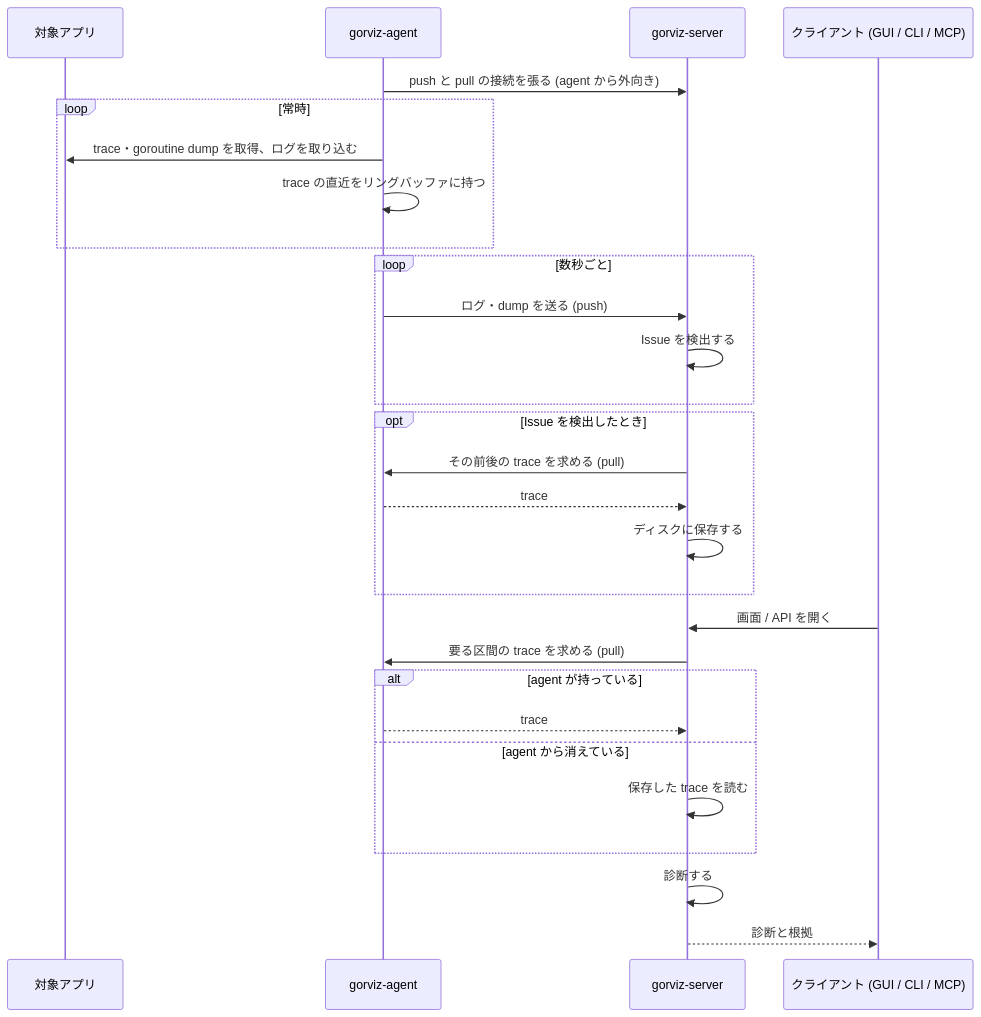
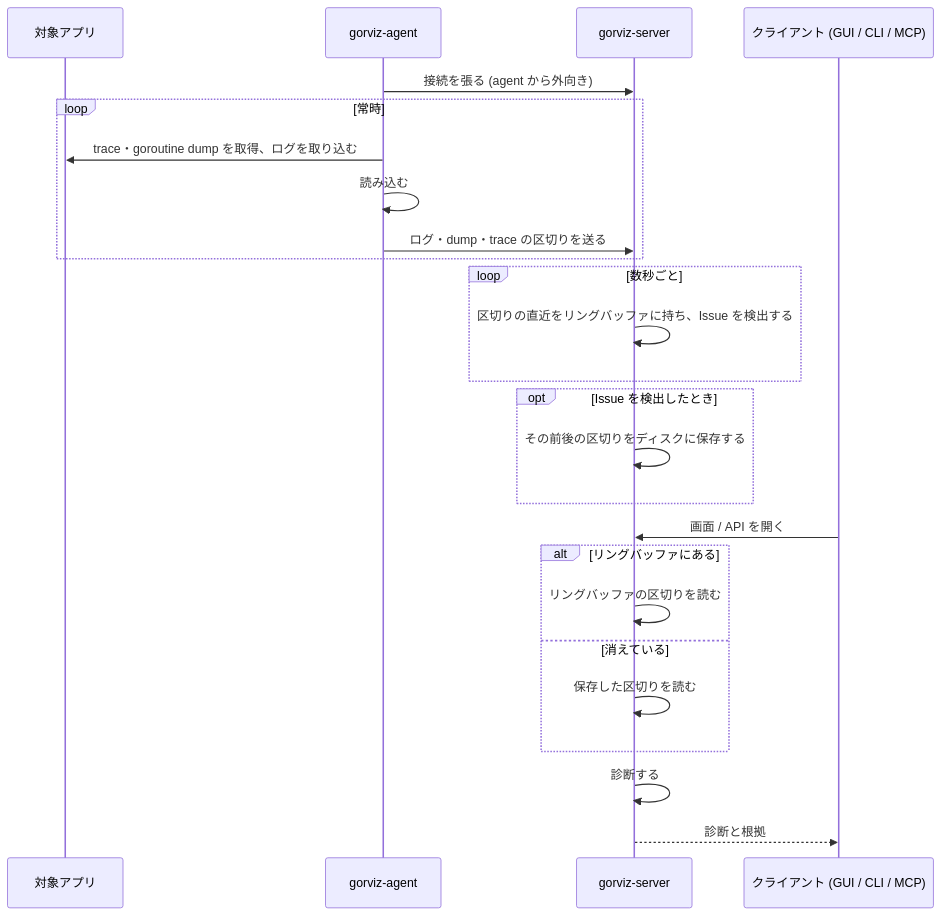
One commit to kakkky/gorviz changed the fourth of 4 diagrams in docs/design.md. Above: the diagram before and after it, drawn with Mermaid. The commit also changed other lines of this file and 1 other file, not shown here.

Commit message:
docs: describe the design as of the poc, where the agent sends parsed trace chunks over one connection and the server keeps them and saves them around issues, with the retention plan

````diff
--- a/docs/design.md
+++ b/docs/design.md
@@ -143,31 +148,28 @@
 ```mermaid
 sequenceDiagram
     participant T as 対象アプリ
     participant A as gorviz-agent
     participant S as gorviz-server
     participant C as クライアント (GUI / CLI / MCP)
 
-    A->>S: push と pull の接続を張る (agent から外向き)
+    A->>S: 接続を張る (agent から外向き)
     loop 常時
         A->>T: trace・goroutine dump を取得、ログを取り込む
-        A->>A: trace の直近をリングバッファに持つ
+        A->>A: 読み込む
+        A->>S: ログ・dump・trace の区切りを送る
     end
     loop 数秒ごと
-        A->>S: ログ・dump を送る (push)
-        S->>S: Issue を検出する
+        S->>S: 区切りの直近をリングバッファに持ち、Issue を検出する
     end
     opt Issue を検出したとき
-        S->>A: その前後の trace を求める (pull)
-        A-->>S: trace
-        S->>S: ディスクに保存する
+        S->>S: その前後の区切りをディスクに保存する
     end
     C->>S: 画面 / API を開く
-    S->>A: 要る区間の trace を求める (pull)
-    alt agent が持っている
-        A-->>S: trace
-    else agent から消えている
-        S->>S: 保存した trace を読む
+    alt リングバッファにある
+        S->>S: リングバッファの区切りを読む
+    else 消えている
+        S->>S: 保存した区切りを読む
     end
     S->>S: 診断する
     S-->>C: 診断と根拠
 ```
````
